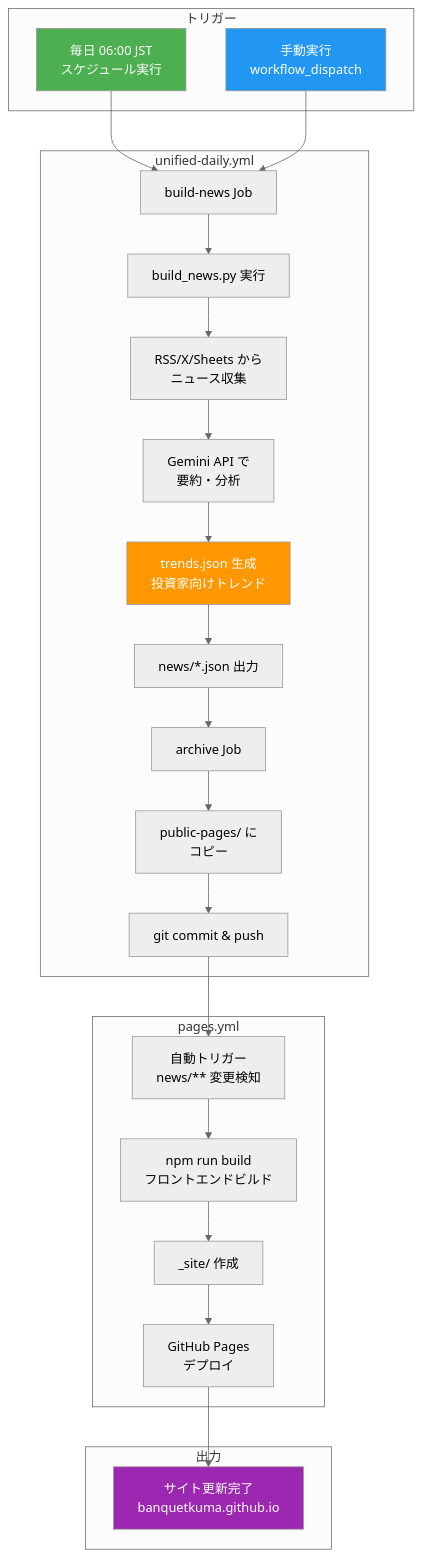
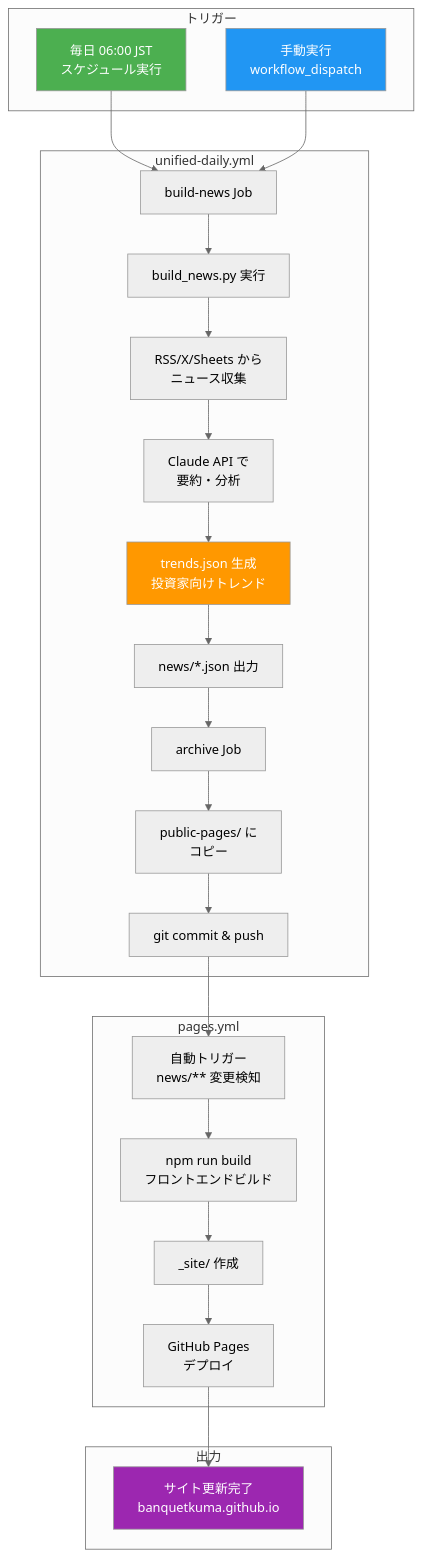
Before and after one commit to BanquetKuma/Power-Semiconductor-News: the diagram in README.md, drawn with Mermaid (neutral theme). The commit also changed other lines of this file and 6 other files, not shown here.

First line of the commit message:
feat: LLM を Gemini / OpenAI から Claude に切り替える (#1)

````diff
--- a/README.md
+++ b/README.md
@@ -24,51 +24,51 @@
 ```mermaid
 flowchart TD
     subgraph Trigger["トリガー"]
         A[毎日 06:00 JST<br/>スケジュール実行]
         B[手動実行<br/>workflow_dispatch]
     end
 
     subgraph Unified["unified-daily.yml"]
         C[build-news Job]
         D[build_news.py 実行]
         E[RSS/X/Sheets から<br/>ニュース収集]
-        F[Gemini API で<br/>要約・分析]
+        F[Claude API で<br/>要約・分析]
         G[trends.json 生成<br/>投資家向けトレンド]
         H[news/*.json 出力]
         I[archive Job]
         J[public-pages/ に<br/>コピー]
         K[git commit & push]
     end
 
     subgraph Pages["pages.yml"]
         L[自動トリガー<br/>news/** 変更検知]
         M[npm run build<br/>フロントエンドビルド]
         N[_site/ 作成]
         O[GitHub Pages<br/>デプロイ]
     end
 
     subgraph Output["出力"]
         P[サイト更新完了<br/>banquetkuma.github.io]
     end
 
     A --> C
     B --> C
     C --> D
     D --> E
     E --> F
     F --> G
     G --> H
     H --> I
     I --> J
     J --> K
     K --> L
     L --> M
     M --> N
     N --> O
     O --> P
 
     style A fill:#4CAF50,color:#fff
     style B fill:#2196F3,color:#fff
     style G fill:#FF9800,color:#fff
     style P fill:#9C27B0,color:#fff
 ```
````
